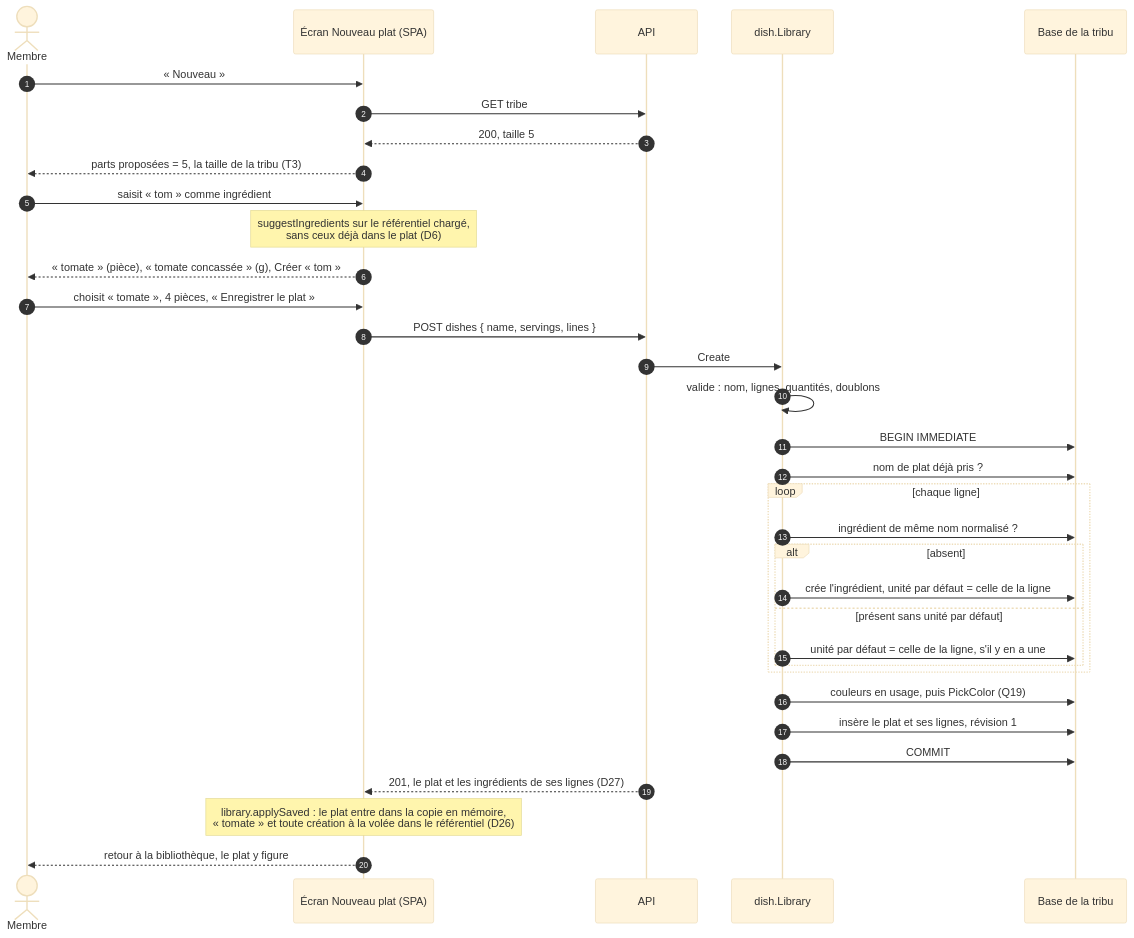
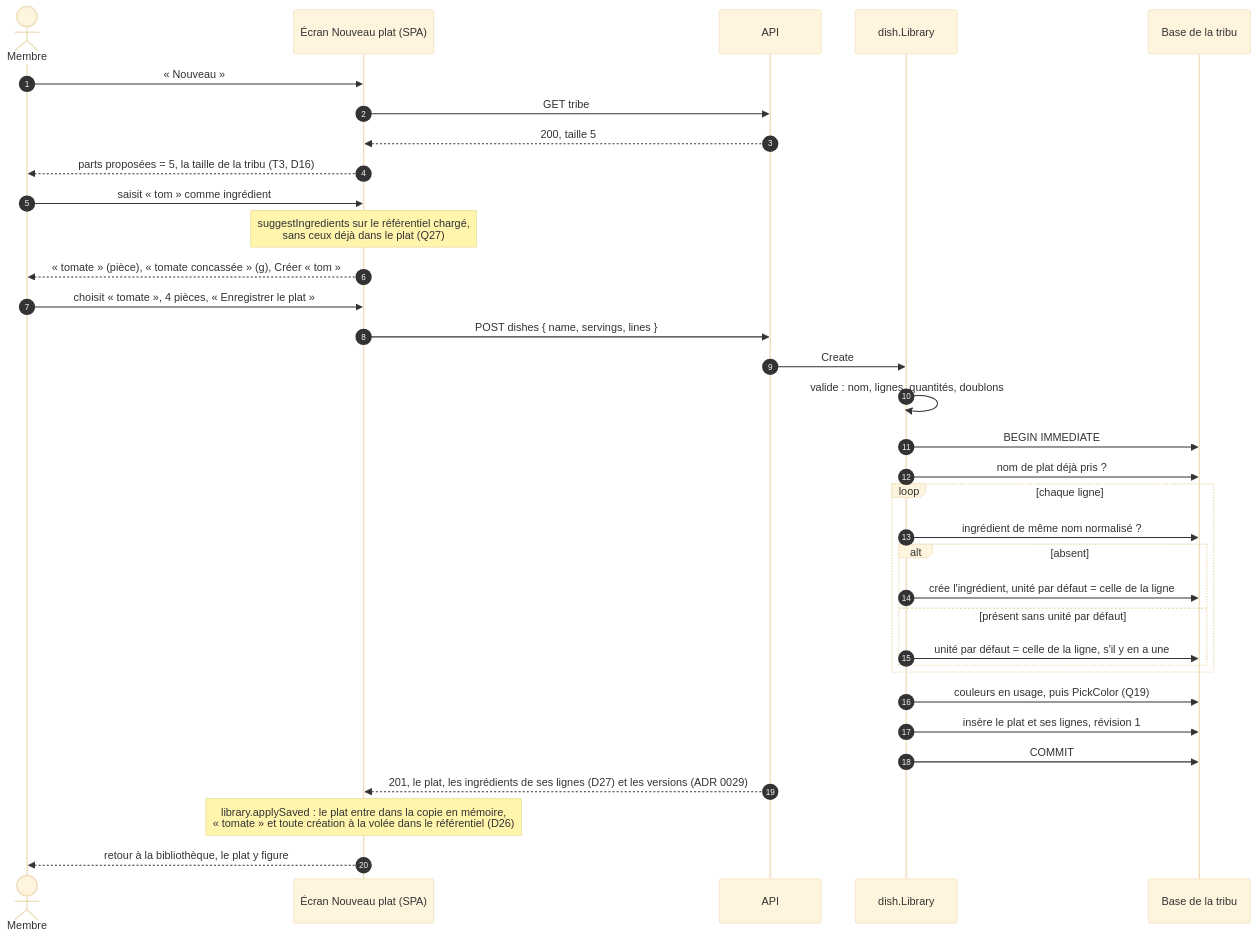
One commit to nelt/tribe-menus changed the fourth of 7 diagrams in docs/conception/bibliotheque-de-plats.md. Above: the diagram before and after it, drawn with Mermaid (base theme). The commit also changed other lines of this file and 15 other files, not shown here.

````diff
--- a/docs/conception/bibliotheque-de-plats.md
+++ b/docs/conception/bibliotheque-de-plats.md
@@ -299,37 +306,37 @@
 ```mermaid
 sequenceDiagram
     autonumber
     actor M as Membre
     participant S as Écran Nouveau plat (SPA)
     participant A as API
     participant L as dish.Library
     participant D as Base de la tribu
 
     M->>S: « Nouveau »
     S->>A: GET tribe
     A-->>S: 200, taille 5
-    S-->>M: parts proposées = 5, la taille de la tribu (T3)
+    S-->>M: parts proposées = 5, la taille de la tribu (T3, D16)
     M->>S: saisit « tom » comme ingrédient
-    Note over S: suggestIngredients sur le référentiel chargé,<br/>sans ceux déjà dans le plat (D6)
+    Note over S: suggestIngredients sur le référentiel chargé,<br/>sans ceux déjà dans le plat (Q27)
     S-->>M: « tomate » (pièce), « tomate concassée » (g), Créer « tom »
     M->>S: choisit « tomate », 4 pièces, « Enregistrer le plat »
     S->>A: POST dishes { name, servings, lines }
     A->>L: Create
     L->>L: valide : nom, lignes, quantités, doublons
     L->>D: BEGIN IMMEDIATE
     L->>D: nom de plat déjà pris ?
     loop chaque ligne
         L->>D: ingrédient de même nom normalisé ?
         alt absent
             L->>D: crée l'ingrédient, unité par défaut = celle de la ligne
         else présent sans unité par défaut
             L->>D: unité par défaut = celle de la ligne, s'il y en a une
         end
     end
     L->>D: couleurs en usage, puis PickColor (Q19)
     L->>D: insère le plat et ses lignes, révision 1
     L->>D: COMMIT
-    A-->>S: 201, le plat et les ingrédients de ses lignes (D27)
+    A-->>S: 201, le plat, les ingrédients de ses lignes (D27) et les versions (ADR 0029)
     Note over S: library.applySaved : le plat entre dans la copie en mémoire,<br/>« tomate » et toute création à la volée dans le référentiel (D26)
     S-->>M: retour à la bibliothèque, le plat y figure
 ```
````
